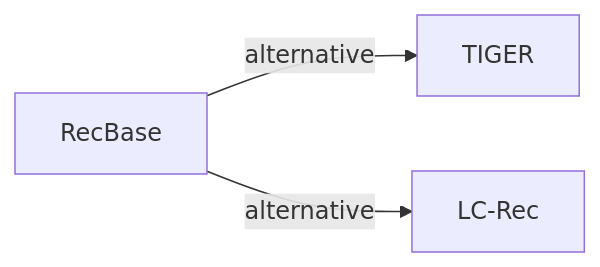
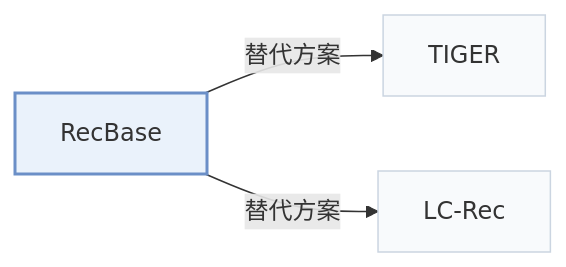
Before and after one commit to Galaxy-ghost/Awesome-SID-Generative-Rec: the second of 2 diagrams in pages/zh/papers/recbase.md, drawn with Mermaid. The commit also changed other lines of this file and 649 other files, not shown here.

Commit message:
writer-05: also tags and modality index (schema, check, build, visuals); summary field removed; calibration data for 12 papers

````diff
--- a/pages/zh/papers/recbase.md
+++ b/pages/zh/papers/recbase.md
@@ -67,6 +74,10 @@
 ```mermaid
 flowchart LR
     P["RecBase"]
-    P -->|alternative| A["TIGER"]
-    P -->|alternative| B["LC-Rec"]
+    P -->|"替代方案"| A["TIGER"]
+    P -->|"替代方案"| B["LC-Rec"]
+    classDef main fill:#eaf2fb,stroke:#6b8fc7,stroke-width:2px
+    classDef peer fill:#f8fafc,stroke:#cbd5e1
+    class P main
+    class A,B peer
 ```
````
